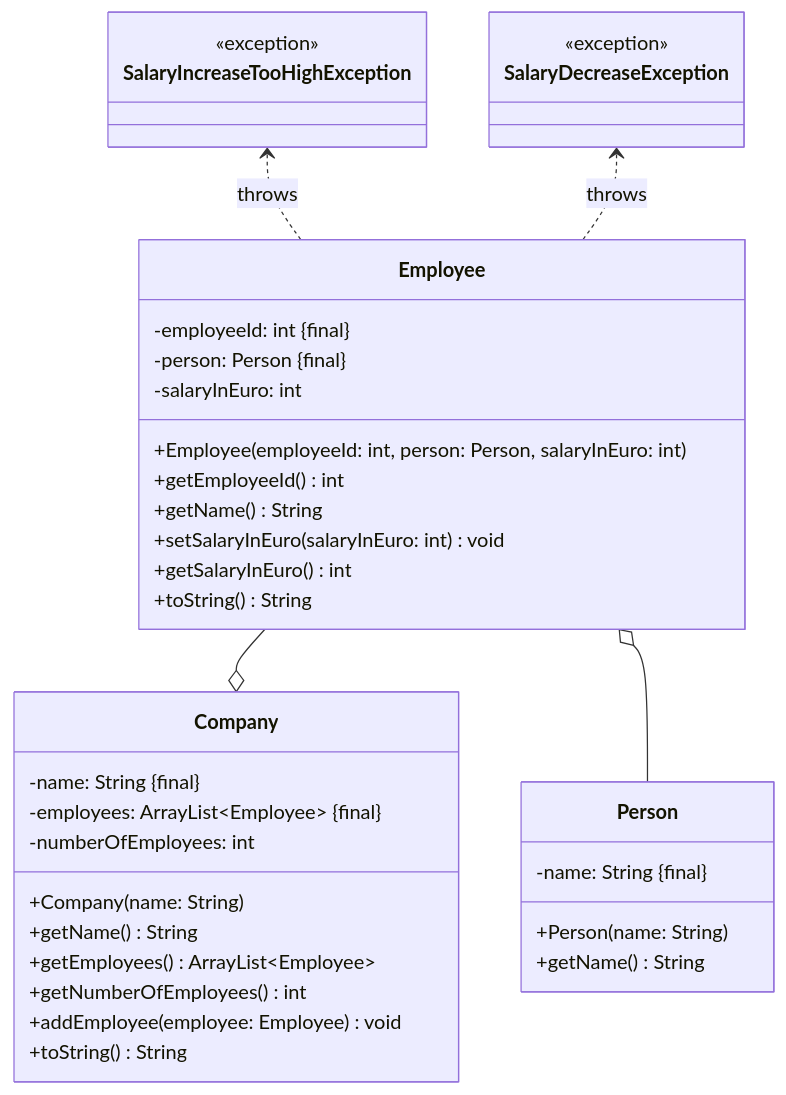
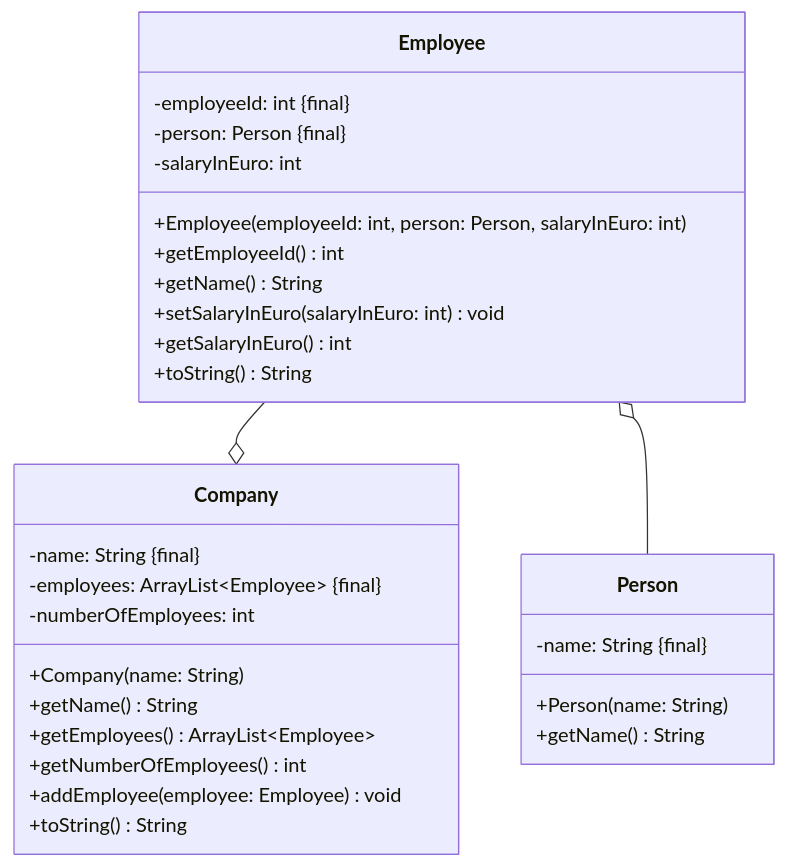
The diagram in docs/exercises/exceptions/exceptions03.mdx (jappuccini/java-docs), drawn with Mermaid before and after one commit. The commit also changed other lines of this file and 64 other files, not shown here.

````diff
--- a/docs/exercises/exceptions/exceptions03.mdx
+++ b/docs/exercises/exceptions/exceptions03.mdx
@@ -16,45 +16,35 @@
 ```mermaid
 classDiagram
     Employee --o Company
     Employee o-- Person
-    SalaryIncreaseTooHighException <.. Employee : throws
-    SalaryDecreaseException <.. Employee : throws
 
     class Company {
         -name: String #123;final#125;
         -employees: ArrayList~Employee~ #123;final#125;
         -numberOfEmployees: int
         +Company(name: String)
         +getName() String
         +getEmployees() ArrayList~Employee~
         +getNumberOfEmployees() int
         +addEmployee(employee: Employee) void
         +toString() String
     }
 
     class Person {
         -name: String #123;final#125;
         +Person(name: String)
         +getName() String
     }
 
     class Employee {
         -employeeId: int #123;final#125;
         -person: Person #123;final#125;
         -salaryInEuro: int
         +Employee(employeeId: int, person: Person, salaryInEuro: int)
         +getEmployeeId() int
         +getName() String
         +setSalaryInEuro(salaryInEuro: int) void
         +getSalaryInEuro() int
         +toString() String
     }
-
-    class SalaryIncreaseTooHighException {
-    	<<exception>>
-    }
-
-    class SalaryDecreaseException {
-    	<<exception>>
-    }
 ```
````
